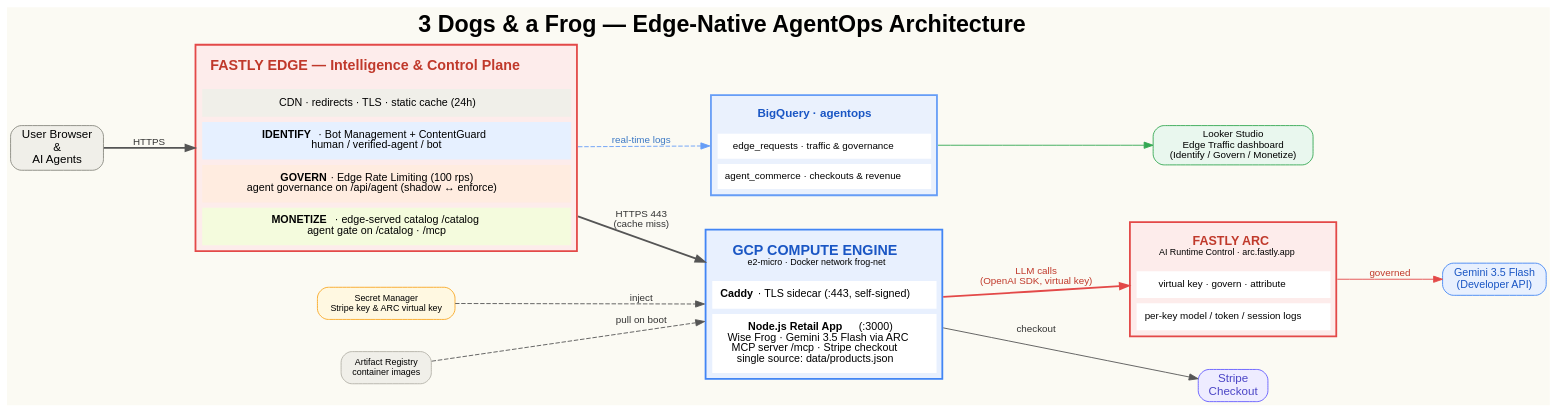
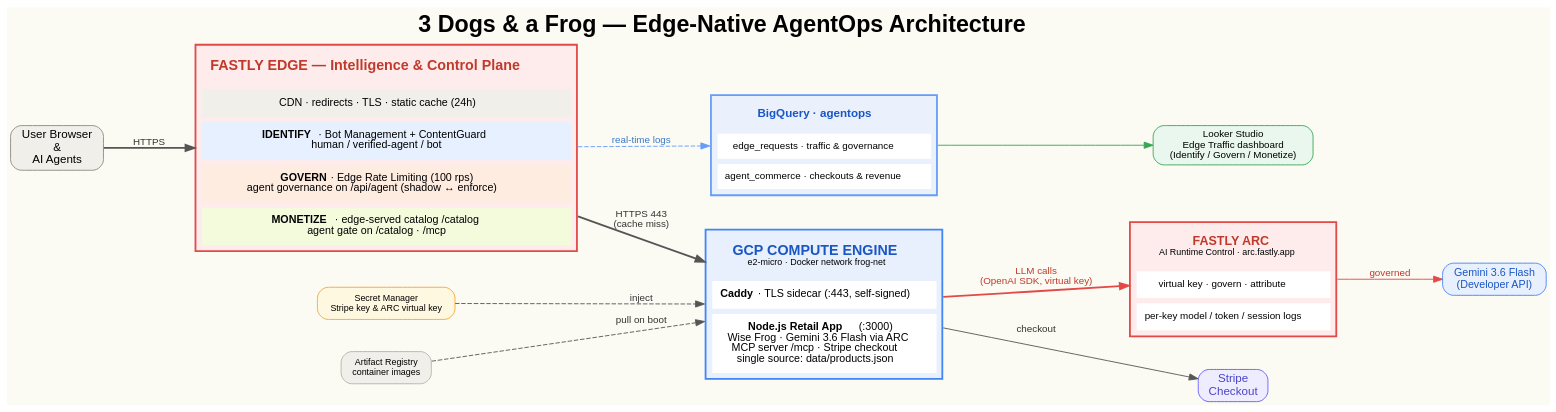
Before and after one commit to dctheobald/three-dogs-and-a-frog: the diagram in docs/architecture.dot, drawn with Graphviz. The commit also changed 5 other files, not shown here.

Commit message:
Pin Wise Frog + shopper agent to gemini-3.6-flash (3.5 Flash deprecated, auto-redirected)

```diff
--- a/docs/architecture.dot
+++ b/docs/architecture.dot
@@ -1,53 +1,53 @@
 digraph arch {
   rankdir=LR; bgcolor="#fbfaf3"; fontname="Helvetica"; nodesep=0.5; ranksep=0.9;
   labelloc="t"; label=<<FONT POINT-SIZE="26"><B>3 Dogs &amp; a Frog &#8212; Edge-Native AgentOps Architecture</B></FONT>>;
   node [fontname="Helvetica"]; edge [fontname="Helvetica", fontsize=11, color="#555555", fontcolor="#333333"];
 
   user [shape=box, style="rounded,filled", fillcolor="#f0efe9", color="#8a8a80", fontsize=13, label="User Browser\n&\nAI Agents"];
 
   fastly [shape=none, margin=0, label=<
   <TABLE BORDER="2" CELLBORDER="0" CELLSPACING="6" CELLPADDING="9" BGCOLOR="#fdeceb" COLOR="#e34948">
     <TR><TD><B><FONT COLOR="#c0392b" POINT-SIZE="16">FASTLY EDGE &#8212; Intelligence &amp; Control Plane</FONT></B></TD></TR>
     <TR><TD BGCOLOR="#f0efe9"><FONT POINT-SIZE="12">CDN &#183; redirects &#183; TLS &#183; static cache (24h)</FONT></TD></TR>
     <TR><TD BGCOLOR="#e6f0ff"><FONT POINT-SIZE="12"><B>IDENTIFY</B> &#183; Bot Management + ContentGuard<BR/>human / verified-agent / bot</FONT></TD></TR>
     <TR><TD BGCOLOR="#ffece0"><FONT POINT-SIZE="12"><B>GOVERN</B> &#183; Edge Rate Limiting (100 rps)<BR/>agent governance on /api/agent (shadow &#8596; enforce)</FONT></TD></TR>
     <TR><TD BGCOLOR="#f4fbdd"><FONT POINT-SIZE="12"><B>MONETIZE</B> &#183; edge-served catalog /catalog<BR/>agent gate on /catalog &#183; /mcp</FONT></TD></TR>
   </TABLE>>];
 
   gcp [shape=none, margin=0, label=<
   <TABLE BORDER="2" CELLBORDER="0" CELLSPACING="6" CELLPADDING="9" BGCOLOR="#e8f0fe" COLOR="#4285F4">
     <TR><TD><B><FONT COLOR="#1a56c4" POINT-SIZE="16">GCP COMPUTE ENGINE</FONT></B><BR/><FONT POINT-SIZE="10">e2-micro &#183; Docker network frog-net</FONT></TD></TR>
     <TR><TD BGCOLOR="white"><FONT POINT-SIZE="12"><B>Caddy</B> &#183; TLS sidecar (:443, self-signed)</FONT></TD></TR>
-    <TR><TD BGCOLOR="white"><FONT POINT-SIZE="12"><B>Node.js Retail App</B> (:3000)<BR/>Wise Frog &#183; Gemini 3.5 Flash via ARC<BR/>MCP server /mcp &#183; Stripe checkout<BR/>single source: data/products.json</FONT></TD></TR>
+    <TR><TD BGCOLOR="white"><FONT POINT-SIZE="12"><B>Node.js Retail App</B> (:3000)<BR/>Wise Frog &#183; Gemini 3.6 Flash via ARC<BR/>MCP server /mcp &#183; Stripe checkout<BR/>single source: data/products.json</FONT></TD></TR>
   </TABLE>>];
 
   arc [shape=none, margin=0, label=<
   <TABLE BORDER="2" CELLBORDER="0" CELLSPACING="6" CELLPADDING="9" BGCOLOR="#fdeceb" COLOR="#e34948">
     <TR><TD><B><FONT COLOR="#c0392b" POINT-SIZE="14">FASTLY ARC</FONT></B><BR/><FONT POINT-SIZE="10">AI Runtime Control &#183; arc.fastly.app</FONT></TD></TR>
     <TR><TD BGCOLOR="white"><FONT POINT-SIZE="11">virtual key &#183; govern &#183; attribute</FONT></TD></TR>
     <TR><TD BGCOLOR="white"><FONT POINT-SIZE="11">per-key model / token / session logs</FONT></TD></TR>
   </TABLE>>];
 
-  gemini [shape=box, style="rounded,filled", fillcolor="#e8f0fe", color="#4285F4", fontcolor="#1a56c4", fontsize=12, label="Gemini 3.5 Flash\n(Developer API)"];
+  gemini [shape=box, style="rounded,filled", fillcolor="#e8f0fe", color="#4285F4", fontcolor="#1a56c4", fontsize=12, label="Gemini 3.6 Flash\n(Developer API)"];
 
   stripe [shape=box, style="rounded,filled", fillcolor="#eeecff", color="#635bff", fontcolor="#4b45c6", fontsize=13, label="Stripe\nCheckout"];
   bq [shape=none, margin=0, label=<
   <TABLE BORDER="2" CELLBORDER="0" CELLSPACING="6" CELLPADDING="8" BGCOLOR="#eaf1fd" COLOR="#669df6">
     <TR><TD><B><FONT COLOR="#1a56c4" POINT-SIZE="13">BigQuery &#183; agentops</FONT></B></TD></TR>
     <TR><TD BGCOLOR="white"><FONT POINT-SIZE="11">edge_requests &#183; traffic &amp; governance</FONT></TD></TR>
     <TR><TD BGCOLOR="white"><FONT POINT-SIZE="11">agent_commerce &#183; checkouts &amp; revenue</FONT></TD></TR>
   </TABLE>>];
   looker [shape=box, style="rounded,filled", fillcolor="#e9f7ee", color="#34a853", fontsize=11, label="Looker Studio\nEdge Traffic dashboard\n(Identify / Govern / Monetize)"];
   secret [shape=box, style="rounded,filled", fillcolor="#fff8e1", color="#f9a825", fontsize=10, label="Secret Manager\nStripe key & ARC virtual key"];
   registry [shape=box, style="rounded,filled", fillcolor="#f0efe9", color="#b4b2a9", fontsize=10, label="Artifact Registry\ncontainer images"];
 
   user -> fastly [label="HTTPS", penwidth=2];
   fastly -> gcp [label="HTTPS 443\n(cache miss)", penwidth=2];
   gcp -> arc [label="LLM calls\n(OpenAI SDK, virtual key)", color="#e34948", fontcolor="#c0392b", penwidth=2];
   arc -> gemini [label="governed", color="#e34948", fontcolor="#c0392b"];
   gcp -> stripe [label="checkout"];
   fastly -> bq [label="real-time logs", style=dashed, color="#669df6", fontcolor="#3b78c4"];
   bq -> looker [color="#34a853"];
   secret -> gcp [label="inject", style=dashed];
   registry -> gcp [label="pull on boot", style=dashed];
 }
```
